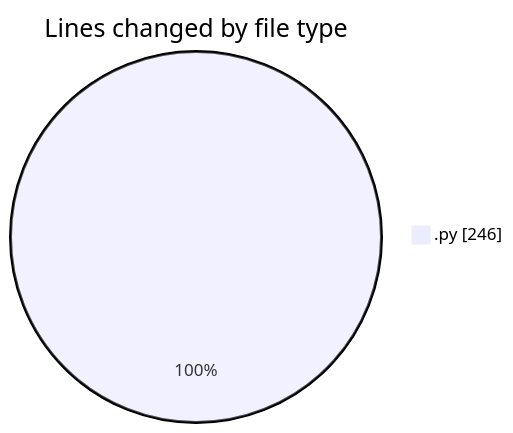
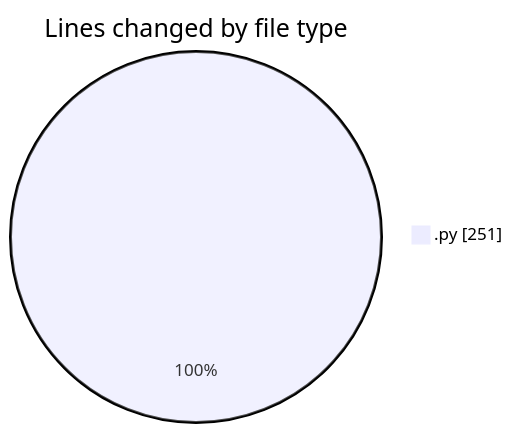
The first of 2 diagrams in 2025-11-21/eventscop-api-guide__workspace_/README.md (julien-gomy/code-tracking), drawn with Mermaid before and after one commit. The commit also changed other lines of this file and 1 other file, not shown here.

````diff
--- a/2025-11-21/eventscop-api-guide__workspace_/README.md
+++ b/2025-11-21/eventscop-api-guide__workspace_/README.md
@@ -22,5 +23,5 @@
 ```mermaid
 pie showData
 title Lines changed by file type
-".py" : 246
+".py" : 251
 ```
````
